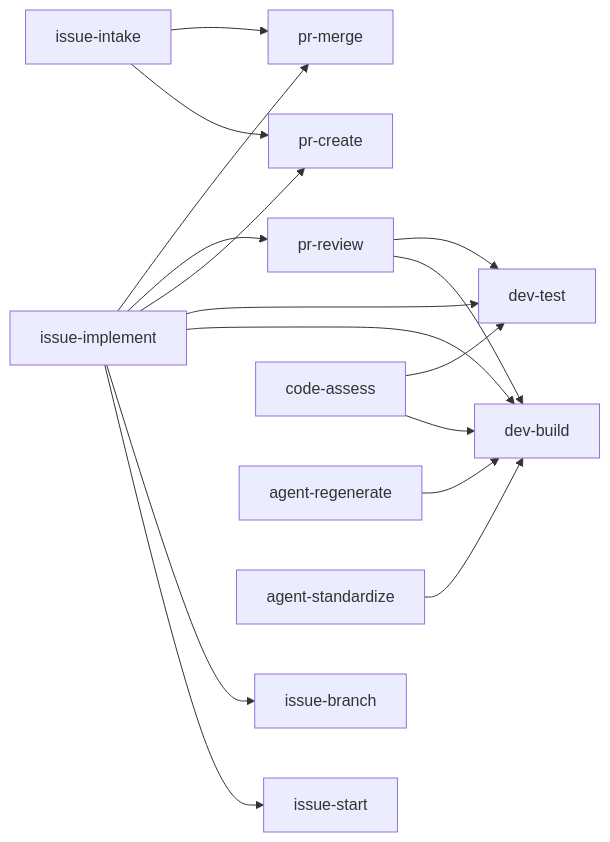
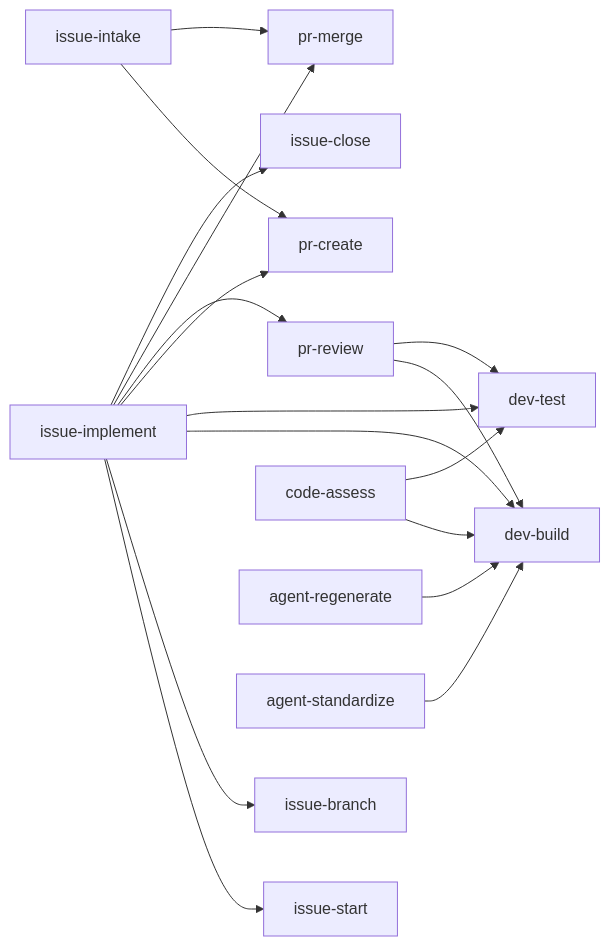
Before and after one commit to ashitaka-emishi/lob-online: the second of 2 diagrams in docs/claude-ecosystem/network-diagram.md, drawn with Mermaid. The commit also changed other lines of this file and 13 other files, not shown here.

````diff
--- a/docs/claude-ecosystem/network-diagram.md
+++ b/docs/claude-ecosystem/network-diagram.md
@@ -61,22 +71,23 @@
 ```mermaid
 graph LR
   issue-implement --> issue-start
   issue-implement --> issue-branch
   issue-implement --> dev-build
   issue-implement --> dev-test
   issue-implement --> pr-create
   issue-implement --> pr-review
   issue-implement --> pr-merge
+  issue-implement --> issue-close
 
   issue-intake --> pr-create
   issue-intake --> pr-merge
 
   pr-review --> dev-build
   pr-review --> dev-test
 
   code-assess --> dev-build
   code-assess --> dev-test
 
   agent-regenerate --> dev-build
   agent-standardize --> dev-build
 ```
````
